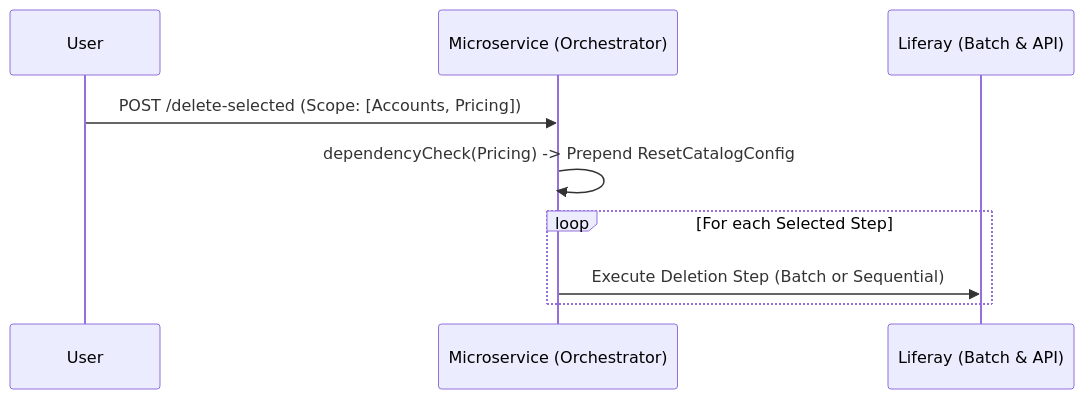
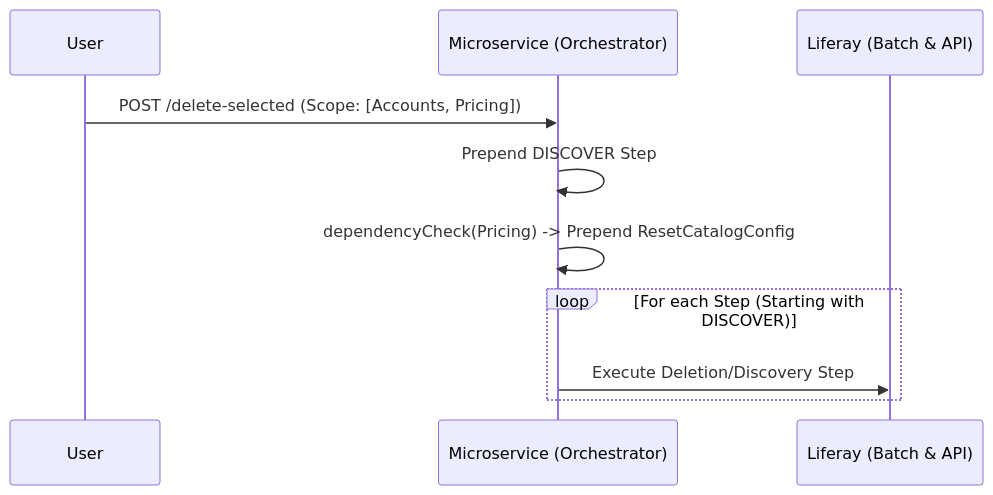
The fifth of 7 diagrams in docs/workflow-diagrams.md (peterrichards-lr/liferay-ai-commerce-accelerator), drawn with Mermaid before and after one commit. The commit also changed other lines of this file and 110 other files, not shown here.

````diff
--- a/docs/workflow-diagrams.md
+++ b/docs/workflow-diagrams.md
@@ -104,13 +106,14 @@
 ```mermaid
 sequenceDiagram
     participant User
     participant MS as Microservice (Orchestrator)
     participant LR as Liferay (Batch & API)
 
     User->>MS: POST /delete-selected (Scope: [Accounts, Pricing])
+    MS->>MS: Prepend DISCOVER Step
     MS->>MS: dependencyCheck(Pricing) -> Prepend ResetCatalogConfig
     
-    loop For each Selected Step
-        MS->>LR: Execute Deletion Step (Batch or Sequential)
+    loop For each Step (Starting with DISCOVER)
+        MS->>LR: Execute Deletion/Discovery Step
     end
 ```
````
